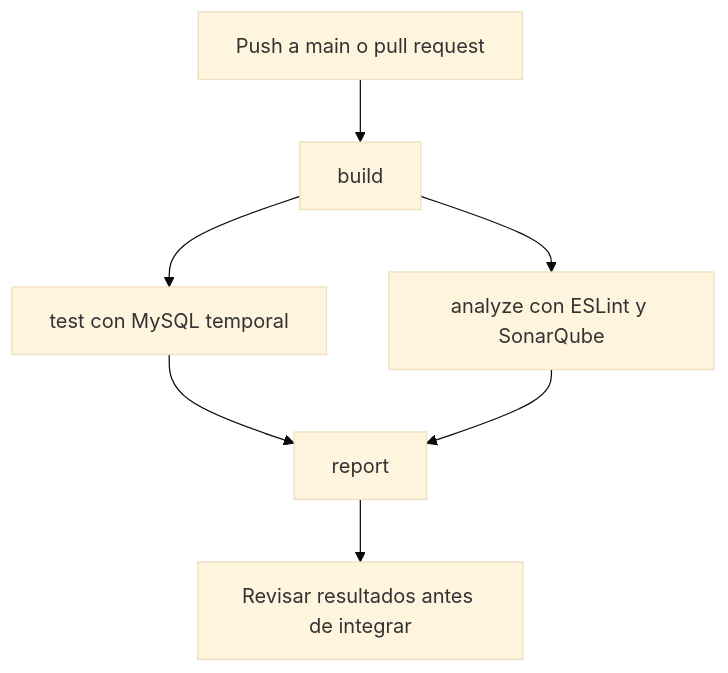
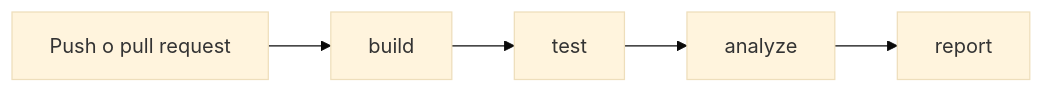
The diagram in docs/Manual-Tecnico.md (Luis-Adolfo-Gomez-Morales/Taller-Mecanico-SQA), drawn with Mermaid (base theme) before and after one commit. The commit also changed other lines of this file and 30 other files, not shown here.

````diff
--- a/docs/Manual-Tecnico.md
+++ b/docs/Manual-Tecnico.md
@@ -37,9 +45,7 @@
 ```mermaid
-flowchart TD
-    A[Push a main o pull request] --> B[build]
-    B --> C[test con MySQL temporal]
-    B --> D[analyze con ESLint y SonarQube]
-    C --> E[report]
-    D --> E
-    E --> F[Revisar resultados antes de integrar]
+flowchart LR
+    A[Push o pull request] --> B[build]
+    B --> C[test]
+    C --> D[analyze]
+    D --> E[report]
 ```
````
